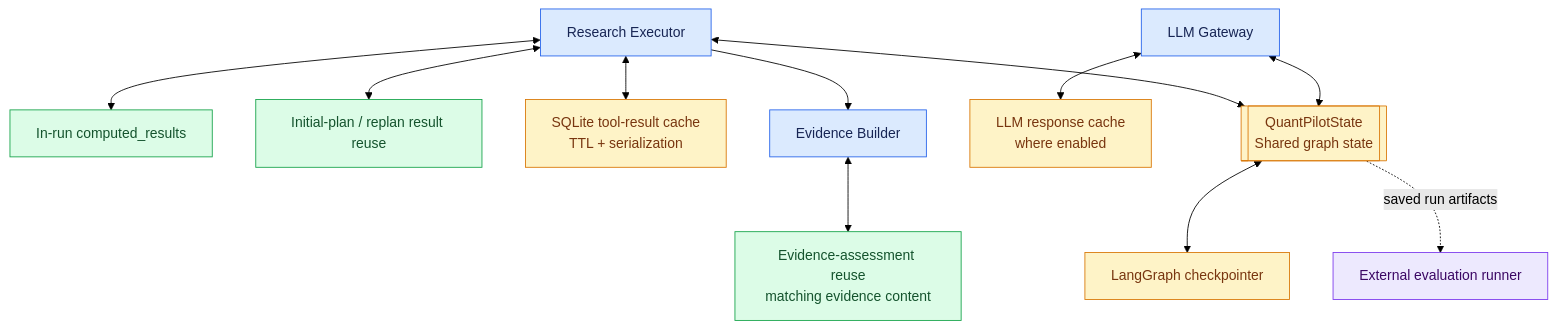
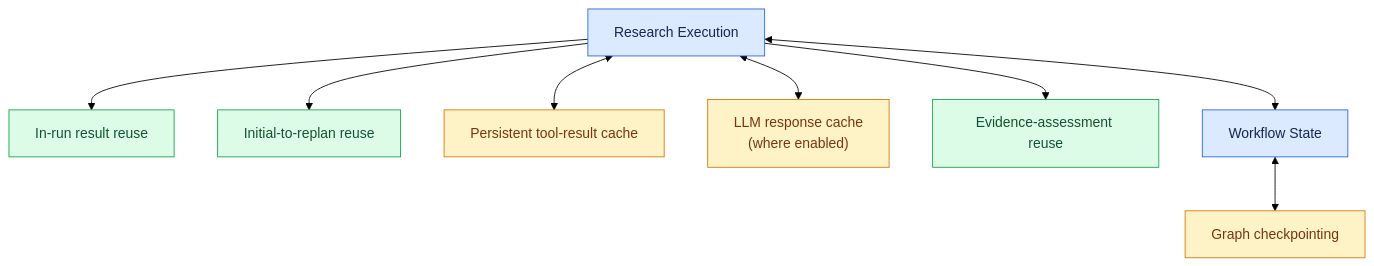
One commit to vaibhav-rj/Agentic_AI changed the fifth of 5 diagrams in quantpilot/README.md. Above: the diagram before and after it, drawn with Mermaid (forest theme). The commit also changed other lines of this file, not shown here.

````diff
--- a/quantpilot/README.md
+++ b/quantpilot/README.md
@@ -327,35 +327,27 @@
 ```mermaid
 flowchart TB
-    EXEC["Research Executor"]
-    COMPUTED["In-run computed_results"]
-    REPLAN["Initial-plan / replan result reuse"]
-    TOOL["SQLite tool-result cache<br/>TTL + serialization"]
-    EVID["Evidence Builder"]
-    ASSESS["Evidence-assessment reuse<br/>matching evidence content"]
-    LLM["LLM Gateway"]
-    LLM_CACHE["LLM response cache<br/>where enabled"]
-    STATE[["QuantPilotState<br/>Shared graph state"]]
-    CHECK["LangGraph checkpointer"]
-    EVAL["External evaluation runner"]
+    EXEC["Research Execution"]
+    INRUN["In-run result reuse"]
+    INTER["Initial-to-replan reuse"]
+    TOOL["Persistent tool-result cache"]
+    LLM["LLM response cache<br/>(where enabled)"]
+    EVID["Evidence-assessment reuse"]
+    CHECK["Graph checkpointing"]
+    STATE["Workflow State"]
 
-    EXEC <--> COMPUTED
-    EXEC <--> REPLAN
+    EXEC --> INRUN
+    EXEC --> INTER
     EXEC <--> TOOL
+    EXEC <--> LLM
     EXEC --> EVID
-    EVID <--> ASSESS
-    LLM <--> LLM_CACHE
     EXEC <--> STATE
-    LLM <--> STATE
     STATE <--> CHECK
-    STATE -. saved run artifacts .-> EVAL
 
     classDef execution fill:#dbeafe,stroke:#2563eb,color:#172554
     classDef reuse fill:#dcfce7,stroke:#16a34a,color:#14532d
     classDef persistence fill:#fef3c7,stroke:#d97706,color:#78350f
-    classDef evaluation fill:#ede9fe,stroke:#7c3aed,color:#3b0764
 
-    class EXEC,EVID,LLM execution
-    class COMPUTED,REPLAN,ASSESS reuse
-    class TOOL,LLM_CACHE,STATE,CHECK persistence
-    class EVAL evaluation
+    class EXEC,STATE execution
+    class INRUN,INTER,EVID reuse
+    class TOOL,LLM,CHECK persistence
 ```
````
